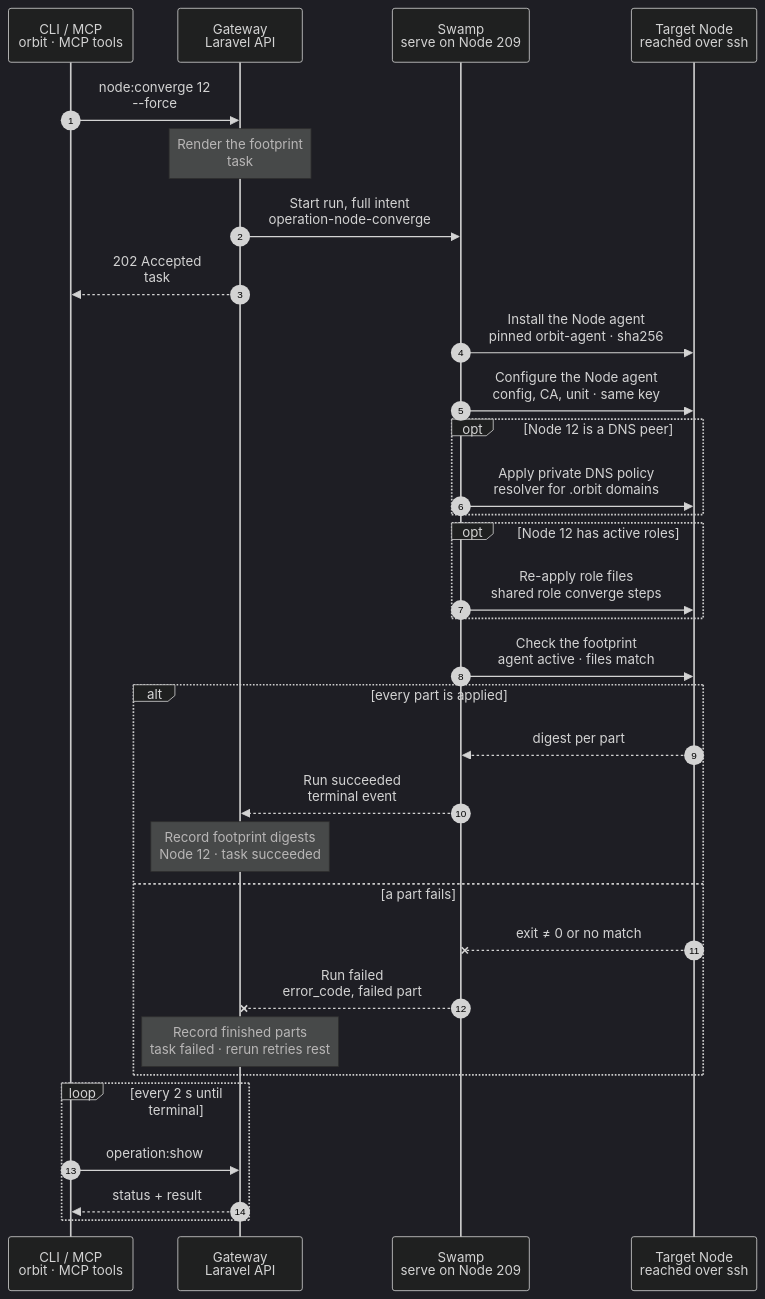
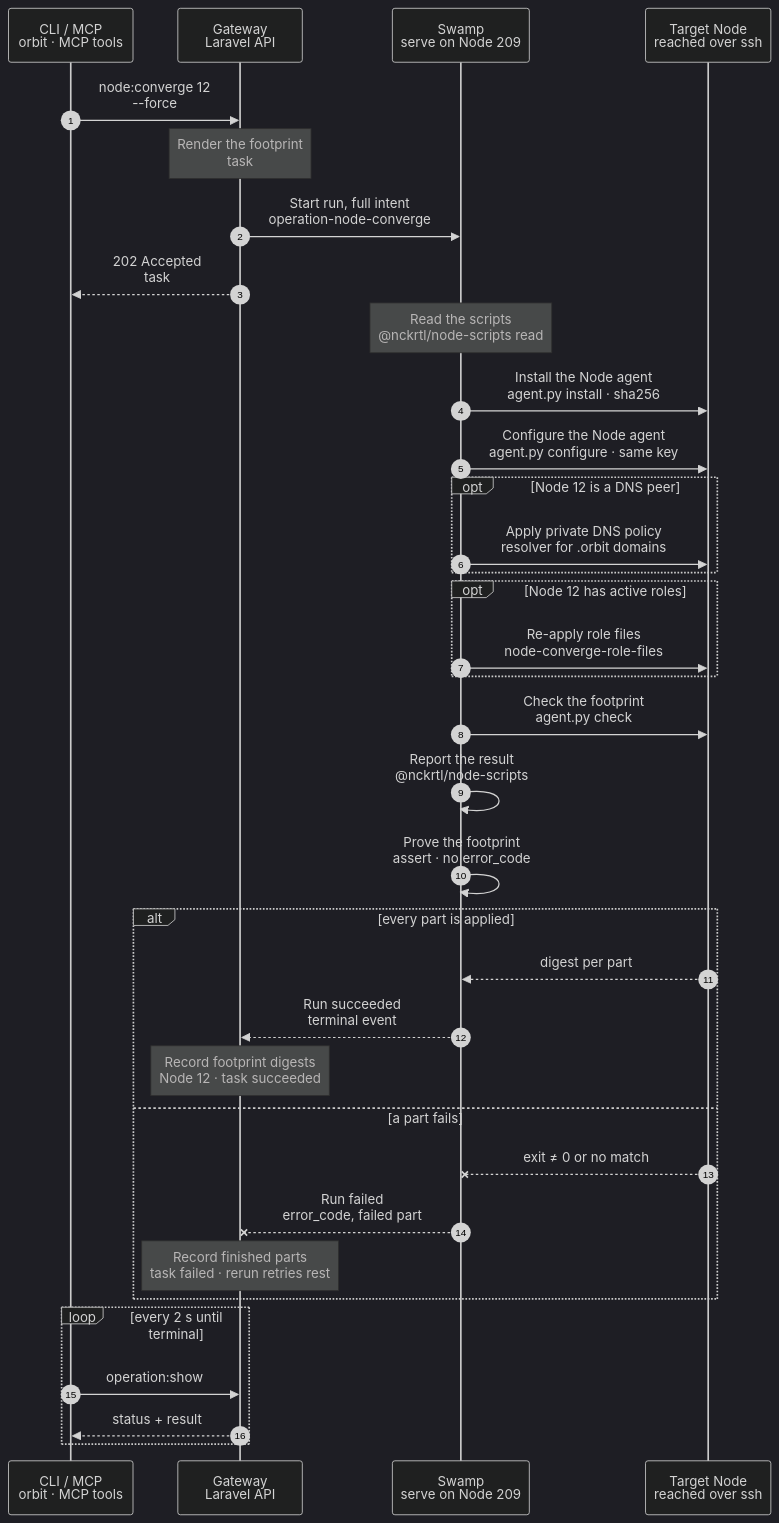
One commit to hardimpactdev/orbit changed the diagram in docs/flows/node.converge.mmd. Above: the diagram before and after it, drawn with Mermaid (dark theme). The commit also changed 18 other files, not shown here.

First line of the commit message:
feat(nodes): node.converge applies the footprint in its chart steps without agent commands

```diff
--- a/docs/flows/node.converge.mmd
+++ b/docs/flows/node.converge.mmd
@@ -1,131 +1,149 @@
 sequenceDiagram
   %% Target design: ADR 0243/0244 task, DECISIONS R1-R4, agent-observer-swamp-acts, single-swamp-node. docs/reference/node-provisioning.md#converge-the-orbit-footprint.
   %% status: draft
   %% command: node:converge
   autonumber
   %% lane CLI icon=terminal pill=caller tone=gray
   %% lane GW icon=gateway pill=intent tone=blue
   %% lane SW icon=workflow pill=executes tone=green
   %% lane N icon=server pill=target tone=amber
   participant CLI as CLI / MCP<br/>orbit · MCP tools
   participant GW as Gateway<br/>Laravel API
   participant SW as Swamp<br/>serve on Node 209
   participant N as Target Node<br/>reached over ssh
   CLI->>GW: node:converge 12<br/>--force
   %%> Command:
   %%> - `orbit node:converge 12 --force`
   %%> - syntax: `<node> [--force] [--idempotency-key=KEY] [--json]`
   %%> Input:
   %%> - the Node, by id or exact name
   %%> - `--force` re-applies every part, not only the parts whose digest changed
   %%> What it does:
   %%> - re-applies Orbit's own files on Node 12: the Node agent, the private DNS client policy, and the files of its active roles
   %%> - never changes an Instance, a Process, a Schedule or a role assignment, so it is safe on a Node that owns Instances
   %%> Who can call it:
   %%> - the `orbit` CLI, the MCP tool, and the fleet rollout send the same request
   Note over GW: Render the footprint<br/>task #5132 · digest per part
   %%> Requirements:
   %%> - your Node has an access grant to Node 12
   %%> - Node 12 is an active, managed Linux Node
   %%> - no other converge or Node agent rekey runs for Node 12; the Gateway holds one lock per Node
   %%> Builds:
   %%> - the pinned `orbit-agent` release and its SHA-256
   %%> - the Node agent configuration, Orbit root certificate and unit
   %%> - the private DNS client policy, when Node 12 is a peer with roles
   %%> - the files of each active role, through the shared role steps
   %%> - one digest per part, from the Gateway's own code and pins; no SSH
   %%> Result:
   %%> - task #5132 recorded with the full intent and the parts to apply
   %%> - unchanged parts are left out, unless `--force`
   GW->>SW: Start run, full intent<br/>operation-node-converge
   %%> What it does:
   %%> - starts one Swamp run on serve (Node 209)
   %%> Inputs:
   %%> - the parts to apply, with their files and digests
   %%> - the agent's verifier hash, to check the existing key; never the key
   %%> - Node 12's address and SSH host keys; the SSH identity comes from the `swamp` role
   GW-->>CLI: 202 Accepted<br/>task #5132
   %%> What you get:
   %%> - the task number, at once
   %%> Next:
   %%> - the CLI follows the task with `operation:show`
-  SW->>N: Install the Node agent<br/>pinned orbit-agent · sha256
+  Note over SW: Read the scripts<br/>@nckrtl/node-scripts read
+  %%> What it does:
+  %%> - reads the shipped `agent.py` script and the agent part of the intent on 209
+  %%> - a part the Gateway could not render makes the next step refuse with its code
+  SW->>N: Install the Node agent<br/>agent.py install · sha256
   %%> What it does:
   %%> - compares the installed binary with the pin; a match skips the rest of this step
   %%> - otherwise downloads the release, checks its SHA-256, and swaps it in, keeping `orbit-agent.previous`
+  %%> - other running services of the old binary, such as `plausible`, restart on the new one
   %%> How:
-  %%> - official `@swamp/cfgmgmt` behaviors (fetch, file) over SSH from 209
+  %%> - a shipped script through `@swamp/ssh` from 209, with sudo
   %%> - no `orbit-agent command …`; the agent only observes and runs no actions
-  SW->>N: Configure the Node agent<br/>config, CA, unit · same key
+  SW->>N: Configure the Node agent<br/>agent.py configure · same key
   %%> What it does:
   %%> - writes `config.toml`, `ca.pem` and the `orbit-agent.service` unit in `/etc/orbit/agent`
   %%> - restarts the agent only when the binary or one of these files changed
   %%> Keeps the key:
   %%> - checks that `/etc/orbit/agent/secret` matches the recorded verifier; it never writes a new key
   %%> - a missing or mismatched key fails this step; `orbit:node-agent-rekey` issues a new one
+  %%> - removes the world bits from `.env` in each Instance checkout under the apps root
   %%> How:
-  %%> - official `@swamp/cfgmgmt/file` and `@swamp/cfgmgmt/systemd` behaviors over SSH from 209
+  %%> - the same shipped script through `@swamp/ssh` from 209, with sudo
   opt Node 12 is a DNS peer
     SW->>N: Apply private DNS policy<br/>resolver for .orbit domains
     %%> When:
     %%> - Node 12 is an active managed peer with roles; not the `vpn` Node and not the Gateway's Node
     %%> What it does:
     %%> - sends the private `.orbit` domains to the Orbit DNS server, with the split DNS policy
     %%> - no WireGuard tunnel restart
   end
   opt Node 12 has active roles
-    SW->>N: Re-apply role files<br/>shared role converge steps
+    SW->>N: Re-apply role files<br/>node-converge-role-files
     %%> What it does:
-    %%> - runs the same steps that role converge (`node.role_converge`) runs for each active role, only for parts whose digest changed
+    %%> - runs one child workflow with the fleet recipe's agent-free role steps, only for parts whose digest changed
     %%> Per role:
     %%> - a Caddy role or Caddy sites: Caddy package floor, then the Caddyfile; validates it first and reloads Caddy gracefully
     %%> - `app-dev`, `app-prod`: the managed PHP-FPM module; a graceful reload of valid running masters
     %%> - `app-dev`: the `/etc/tmpfiles.d/orbit.conf` rule for `/tmp/orbit-*` and `/dev/shm/orbit-*`; restarts nothing
     %%> - `vpn`: the private DNS listener, records and catalog; restarts dnsmasq or the listener only for a change, and restores the last good copy when the new one fails its check
+    %%> - Route residue: removes the Caddy sites, PHP pools, certificates and LAN rules of removed Routes, best effort
+    %%> Checks:
+    %%> - each role step checks its own part: Caddy validates the Caddyfile, DNS answers, PHP-FPM masters reload
     %%> Not included:
     %%> - adding or removing a role, and Metrics exporters; those have their own commands
   end
-  SW->>N: Check the footprint<br/>agent active · files match
+  SW->>N: Check the footprint<br/>agent.py check
   %%> What it does:
   %%> - checks that `orbit-agent` is active and runs the pinned binary
-  %%> - reads each applied file back and compares it with its digest
-  %%> - checks that Caddy, PHP-FPM and DNS answer when they were changed
+  %%> - reads the agent's files back and compares them with their content
   %%> Why:
   %%> - a part only counts as applied when the Node shows it
+  SW->>SW: Report the result<br/>@nckrtl/node-scripts
+  %%> What it does:
+  %%> - runs on 209 after every other step, even after a failure
+  %%> - lists each part as applied, unchanged or skipped, from the steps that succeeded
+  %%> Returns:
+  %%> - the result the Gateway reads; it holds no secret
+  SW->>SW: Prove the footprint<br/>assert · no error_code
+  %%> What it does:
+  %%> - fails the run when a part did not apply, so the task fails; the result above stays readable
   alt every part is applied
     N-->>SW: digest per part
     %%> Returns:
     %%> - the check passed for every part
     SW-->>GW: Run succeeded<br/>terminal event
     %%> How the Gateway learns it:
     %%> - its shared run reader sees the terminal event; Swamp never calls the Gateway
     Note over GW: Record footprint digests<br/>Node 12 · task succeeded
     %%> Result:
     %%> - the digest of each applied part, and Node 12's footprint digest
     %%> - the fleet rollout sees Node 12 as up to date
     %%> - task #5132 succeeds
   else a part fails
     N--xSW: exit ≠ 0 or no match
     %%> When:
     %%> - a download doesn't match its pin, the Node agent's key doesn't match, Caddy refuses the Caddyfile, or a check fails
     SW--xGW: Run failed<br/>error_code, failed part
     %%> The Gateway reads:
     %%> - which part failed and its error code, and which parts finished before it
     Note over GW: Record finished parts<br/>task failed · rerun retries rest
     %%> Result:
     %%> - the digests of the finished parts are recorded; the failed part keeps its old digest
+    %%> - when the role files step fails, every role part keeps its old digest
     %%> - task #5132 fails
     %%> On the Node:
     %%> - finished parts stay; there is no rollback, except the DNS listener's restore of its last good copy
     %%> - the running Node agent keeps its key, so it keeps reporting
     %%> Retry:
     %%> - run the same command again after fixing the cause; it applies only the parts that are still different
   end
   loop every 2 s until terminal
     CLI->>GW: operation:show #5132
     %%> What it does:
     %%> - asks for the task's status every 2 seconds until it has ended
     GW-->>CLI: status + result
     %%> Returns:
     %%> - the current status, and the result once the task has ended
   end
```
